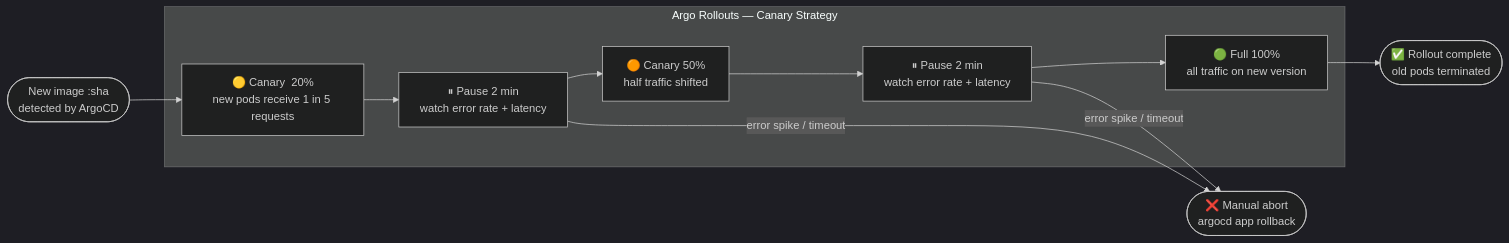
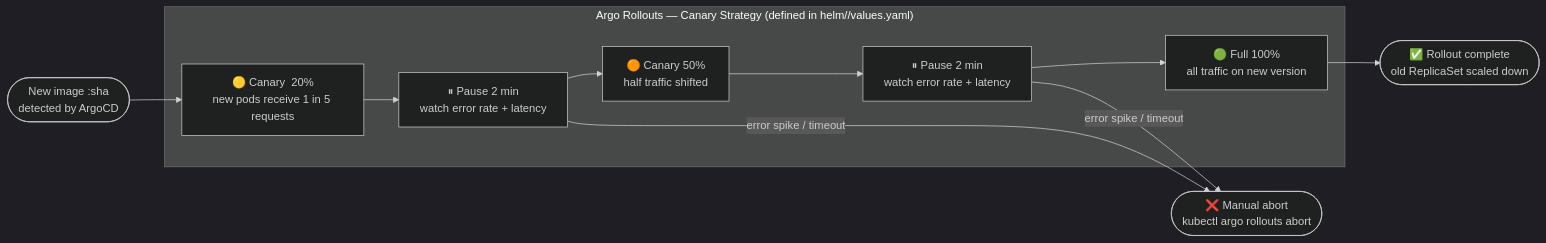
One commit to mrsrujan/IntelliOps changed the third of 4 diagrams in docs/architecture.md. Above: the diagram before and after it, drawn with Mermaid (dark theme). The commit also changed other lines of this file, not shown here.

First line of the commit message:
docs: refresh architecture diagrams for current state

````diff
--- a/docs/architecture.md
+++ b/docs/architecture.md
@@ -122,21 +142,21 @@
 ```mermaid
 flowchart LR
     START(["New image :sha\ndetected by ArgoCD"])
 
-    subgraph ROLLOUT ["Argo Rollouts — Canary Strategy"]
+    subgraph ROLLOUT ["Argo Rollouts — Canary Strategy  (defined in helm/<service>/values.yaml)"]
         S1["🟡 Canary  20%\nnew pods receive 1 in 5 requests"]
         P1["⏸ Pause  2 min\nwatch error rate + latency"]
         S2["🟠 Canary  50%\nhalf traffic shifted"]
         P2["⏸ Pause  2 min\nwatch error rate + latency"]
         S3["🟢 Full  100%\nall traffic on new version"]
         S1 --> P1 --> S2 --> P2 --> S3
     end
 
-    OK(["✅ Rollout complete\nold pods terminated"])
-    ABORT(["❌ Manual abort\nargocd app rollback"])
+    OK(["✅ Rollout complete\nold ReplicaSet scaled down"])
+    ABORT(["❌ Manual abort\nkubectl argo rollouts abort"])
 
     START --> S1
     S3 --> OK
     P1 -->|"error spike / timeout"| ABORT
     P2 -->|"error spike / timeout"| ABORT
 ```
````
